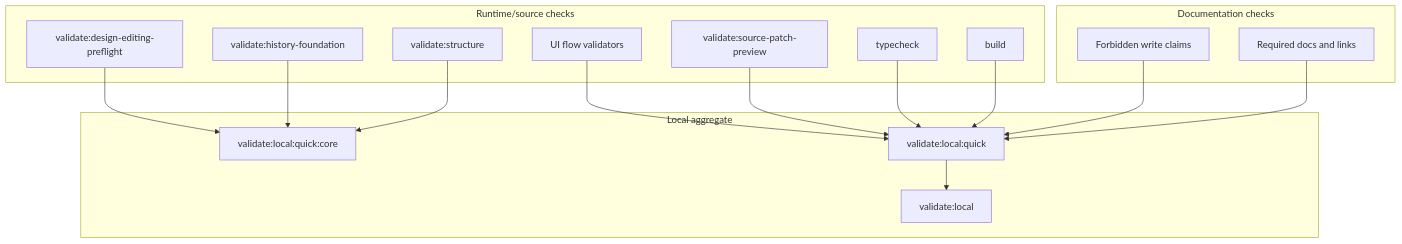
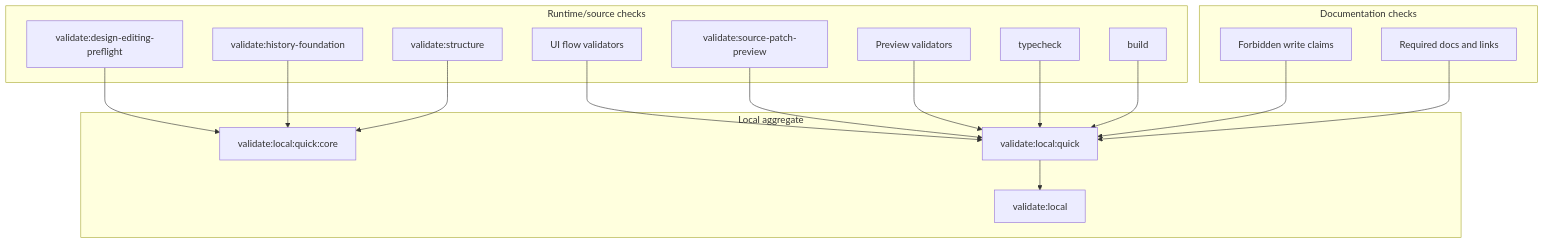
The diagram in docs/architecture/validation-system.md (krestosa/Crystal), drawn with Mermaid before and after one commit. The commit also changed other lines of this file and 2 other files, not shown here.

````diff
--- a/docs/architecture/validation-system.md
+++ b/docs/architecture/validation-system.md
@@ -56,34 +77,36 @@
 ```mermaid
 flowchart TD
   subgraph Docs[Documentation checks]
     DocsShape[Required docs and links]
     Claims[Forbidden write claims]
   end
 
   subgraph Runtime[Runtime/source checks]
     Build[build]
     Typecheck[typecheck]
     Structure[validate:structure]
+    Preview[Preview validators]
     SourcePatch[validate:source-patch-preview]
     History[validate:history-foundation]
     DesignEditing[validate:design-editing-preflight]
     UI[UI flow validators]
   end
 
   subgraph Aggregate[Local aggregate]
     QuickCore[validate:local:quick:core]
     Quick[validate:local:quick]
     Full[validate:local]
   end
 
   DocsShape --> Quick
   Claims --> Quick
   Structure --> QuickCore
   History --> QuickCore
   DesignEditing --> QuickCore
   Build --> Quick
   Typecheck --> Quick
+  Preview --> Quick
   SourcePatch --> Quick
   UI --> Quick
   Quick --> Full
 ```
````
